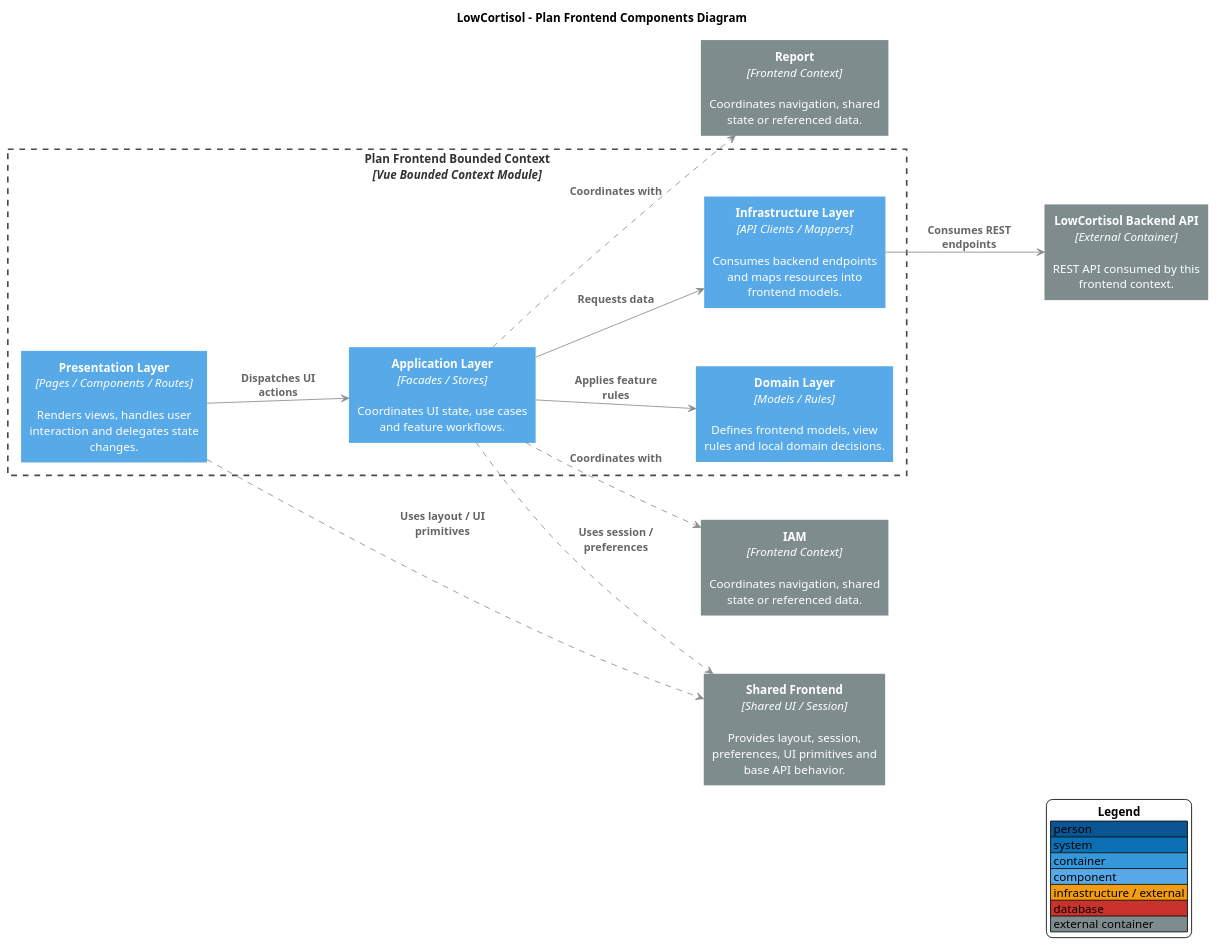
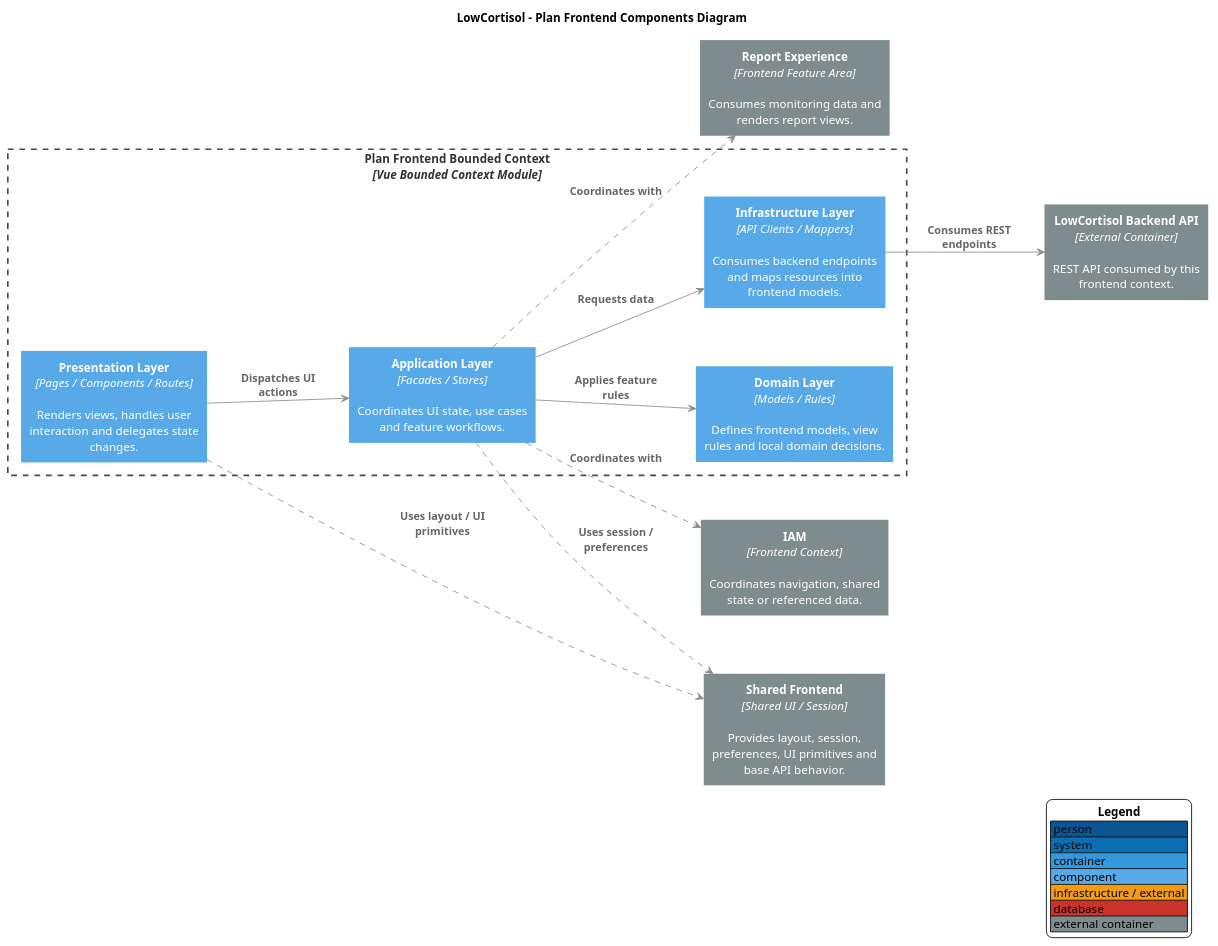
Before and after one commit to upc-pre-202610-1asi0730-12144-flowalert/lowcortisol-report: the diagram in docs/diagrams/components/frontend/bounded-contexts/plan-frontend-components.puml, drawn with PlantUML. The commit also changed 51 other files, not shown here.

Commit message:
docs: align report diagrams with implemented bounded contexts

```diff
--- a/docs/diagrams/components/frontend/bounded-contexts/plan-frontend-components.puml
+++ b/docs/diagrams/components/frontend/bounded-contexts/plan-frontend-components.puml
@@ -1,91 +1,91 @@
 @startuml
 skinparam backgroundColor #FFFFFF
 skinparam shadowing false
 skinparam defaultFontName Arial
 skinparam defaultTextAlignment center
 skinparam wrapWidth 220
 skinparam maxMessageSize 130
 skinparam nodesep 70
 skinparam ranksep 80
 skinparam ArrowColor #8A8A8A
 skinparam ArrowFontColor #666666
 skinparam ArrowFontStyle bold
 skinparam ArrowThickness 1
 skinparam rectangleRoundCorner 0
 skinparam rectangleBorderThickness 0
 skinparam rectangleFontColor #FFFFFF
 skinparam rectangleFontStyle plain
 skinparam rectangle {
   BorderThickness 0
   MinimumWidth 190
   Padding 12
 }
 skinparam database {
   MinimumWidth 210
   Padding 12
 }
 skinparam rectangle<<SystemBoundary>> {
   BackgroundColor transparent
   BorderColor #4A4A4A
   BorderThickness 2
   BorderStyle dashed
   FontColor #333333
   FontStyle bold
   MinimumWidth 760
   Padding 18
 }
 skinparam rectangle<<BoundedContext>> {
   BackgroundColor transparent
   BorderColor #4A4A4A
   BorderThickness 2
   BorderStyle dashed
   FontColor #333333
   FontStyle bold
   MinimumWidth 760
   Padding 18
 }
 skinparam databaseBackgroundColor #C9332B
 skinparam databaseBorderColor #C9332B
 skinparam databaseFontColor #FFFFFF
 skinparam databaseFontStyle plain
 hide stereotype
 left to right direction
 
 title LowCortisol - Plan Frontend Components Diagram
 
 rectangle "<b>Plan Frontend Bounded Context</b>\n<i>[Vue Bounded Context Module]</i>" <<BoundedContext>> {
   rectangle "<b>Presentation Layer</b>\n<i>[Pages / Components / Routes]</i>\n\nRenders views, handles user interaction and delegates state changes." as Presentation #58A9E8
   rectangle "<b>Application Layer</b>\n<i>[Facades / Stores]</i>\n\nCoordinates UI state, use cases and feature workflows." as Application #58A9E8
   rectangle "<b>Domain Layer</b>\n<i>[Models / Rules]</i>\n\nDefines frontend models, view rules and local domain decisions." as Domain #58A9E8
   rectangle "<b>Infrastructure Layer</b>\n<i>[API Clients / Mappers]</i>\n\nConsumes backend endpoints and maps resources into frontend models." as Infrastructure #58A9E8
 }
 rectangle "<b>LowCortisol Backend API</b>\n<i>[External Container]</i>\n\nREST API consumed by this frontend context." as Backend #7F8C8D
 rectangle "<b>Shared Frontend</b>\n<i>[Shared UI / Session]</i>\n\nProvides layout, session, preferences, UI primitives and base API behavior." as Shared #7F8C8D
 rectangle "<b>IAM</b>\n<i>[Frontend Context]</i>\n\nCoordinates navigation, shared state or referenced data." as Dep0 #7F8C8D
-rectangle "<b>Report</b>\n<i>[Frontend Context]</i>\n\nCoordinates navigation, shared state or referenced data." as Dep1 #7F8C8D
+rectangle "<b>Report Experience</b>\n<i>[Frontend Feature Area]</i>\n\nConsumes monitoring data and renders report views." as Dep1 #7F8C8D
 
 Presentation --> Application : Dispatches UI actions
 Application --> Domain : Applies feature rules
 Application --> Infrastructure : Requests data
 Infrastructure --> Backend : Consumes REST endpoints
 Presentation ..> Shared : Uses layout / UI primitives
 Application ..> Shared : Uses session / preferences
 Application ..> Dep0 : Coordinates with
 Application ..> Dep1 : Coordinates with
 
 Presentation -[hidden]right- Application
 Application -[hidden]right- Domain
 Domain -[hidden]right- Infrastructure
 
 legend right
   <b>Legend</b>
   |<#0B5593> person |
   |<#0B6FB3> system |
   |<#3498DB> container |
   |<#58A9E8> component |
   |<#F39C12> infrastructure / external |
   |<#C9332B> database |
   |<#7F8C8D> external container |
 endlegend
 
 @enduml
```
